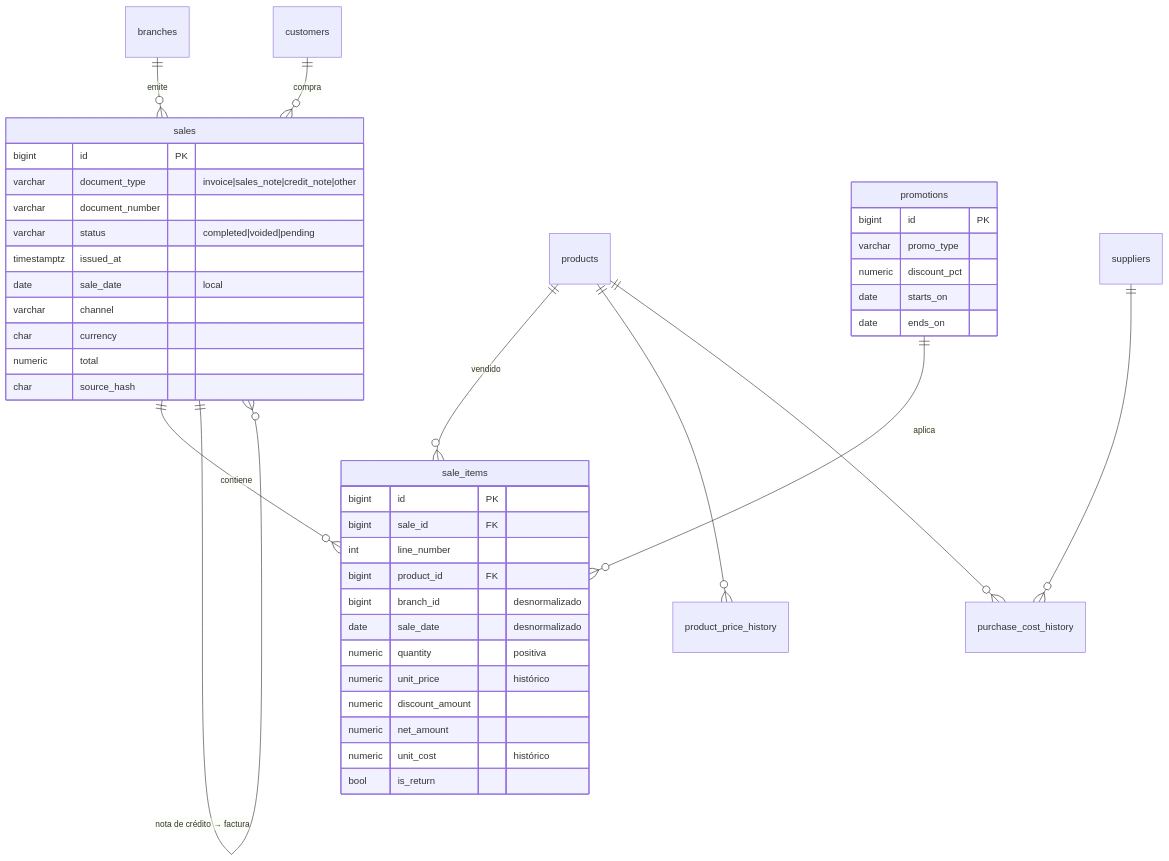
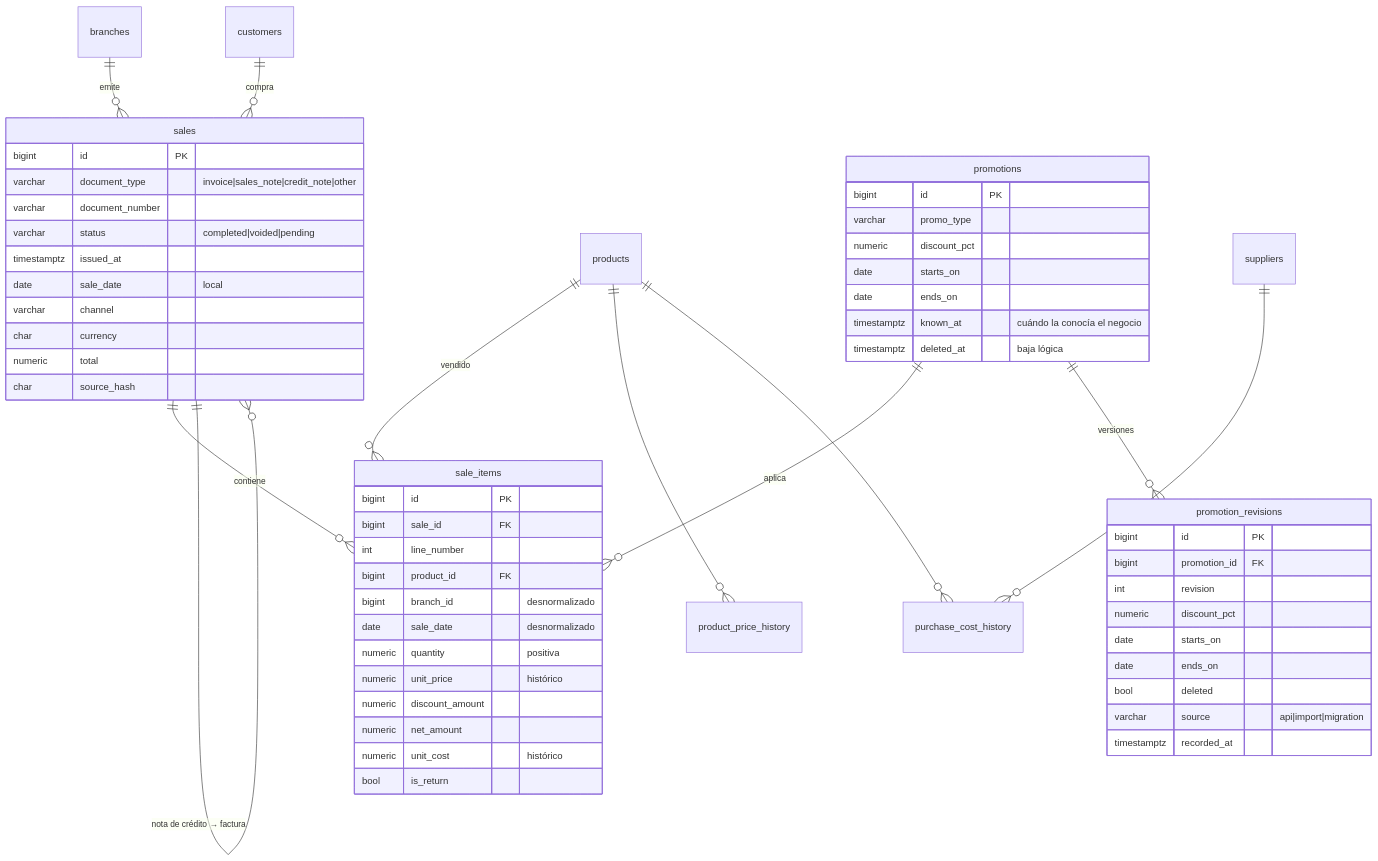
Before and after one commit to LuisPerezB/directily: the fourth of 7 diagrams in docs/03-modelo-datos.md, drawn with Mermaid. The commit also changed other lines of this file and 46 other files, not shown here.

````diff
--- a/docs/03-modelo-datos.md
+++ b/docs/03-modelo-datos.md
@@ -221,46 +221,60 @@
 ```mermaid
 erDiagram
     branches ||--o{ sales : "emite"
     customers ||--o{ sales : "compra"
     sales ||--o{ sale_items : "contiene"
     sales ||--o{ sales : "nota de crédito → factura"
     products ||--o{ sale_items : "vendido"
     promotions ||--o{ sale_items : "aplica"
+    promotions ||--o{ promotion_revisions : "versiones"
     products ||--o{ product_price_history : ""
     products ||--o{ purchase_cost_history : ""
     suppliers ||--o{ purchase_cost_history : ""
 
     sales {
         bigint id PK
         varchar document_type "invoice|sales_note|credit_note|other"
         varchar document_number
         varchar status "completed|voided|pending"
         timestamptz issued_at
         date sale_date "local"
         varchar channel
         char currency
         numeric total
         char source_hash
     }
     sale_items {
         bigint id PK
         bigint sale_id FK
         int line_number
         bigint product_id FK
         bigint branch_id "desnormalizado"
         date sale_date "desnormalizado"
         numeric quantity "positiva"
         numeric unit_price "histórico"
         numeric discount_amount
         numeric net_amount
         numeric unit_cost "histórico"
         bool is_return
     }
     promotions {
         bigint id PK
         varchar promo_type
         numeric discount_pct
         date starts_on
         date ends_on
+        timestamptz known_at "cuándo la conocía el negocio"
+        timestamptz deleted_at "baja lógica"
+    }
+    promotion_revisions {
+        bigint id PK
+        bigint promotion_id FK
+        int revision
+        numeric discount_pct
+        date starts_on
+        date ends_on
+        bool deleted
+        varchar source "api|import|migration"
+        timestamptz recorded_at
     }
 ```
````
